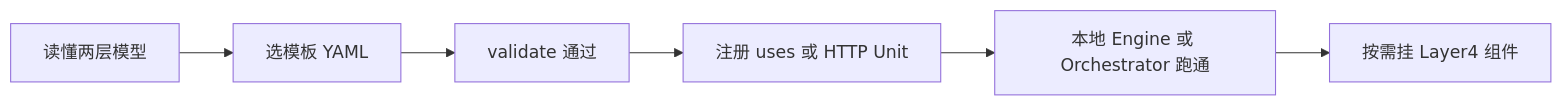
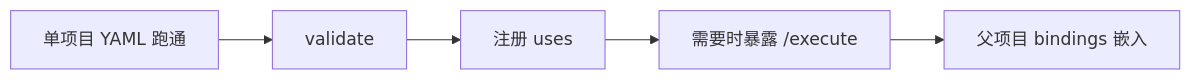
The diagram in docs-web/why/three-w.md (CoderYc0923/Uni-Flow), drawn with Mermaid before and after one commit. The commit also changed other lines of this file and 27 other files, not shown here.

````diff
--- a/docs-web/why/three-w.md
+++ b/docs-web/why/three-w.md
@@ -44,8 +45,7 @@
 ```mermaid
 flowchart LR
-  A[读懂两层模型] --> B[选模板 YAML]
-  B --> C[validate 通过]
-  C --> D[注册 uses 或 HTTP Unit]
-  D --> E[本地 Engine 或 Orchestrator 跑通]
-  E --> F[按需挂 Layer4 组件]
+  A[单项目 YAML 跑通] --> B[validate]
+  B --> C[注册 uses]
+  C --> D[需要时暴露 /execute]
+  D --> E[父项目 bindings 嵌入]
 ```
````
